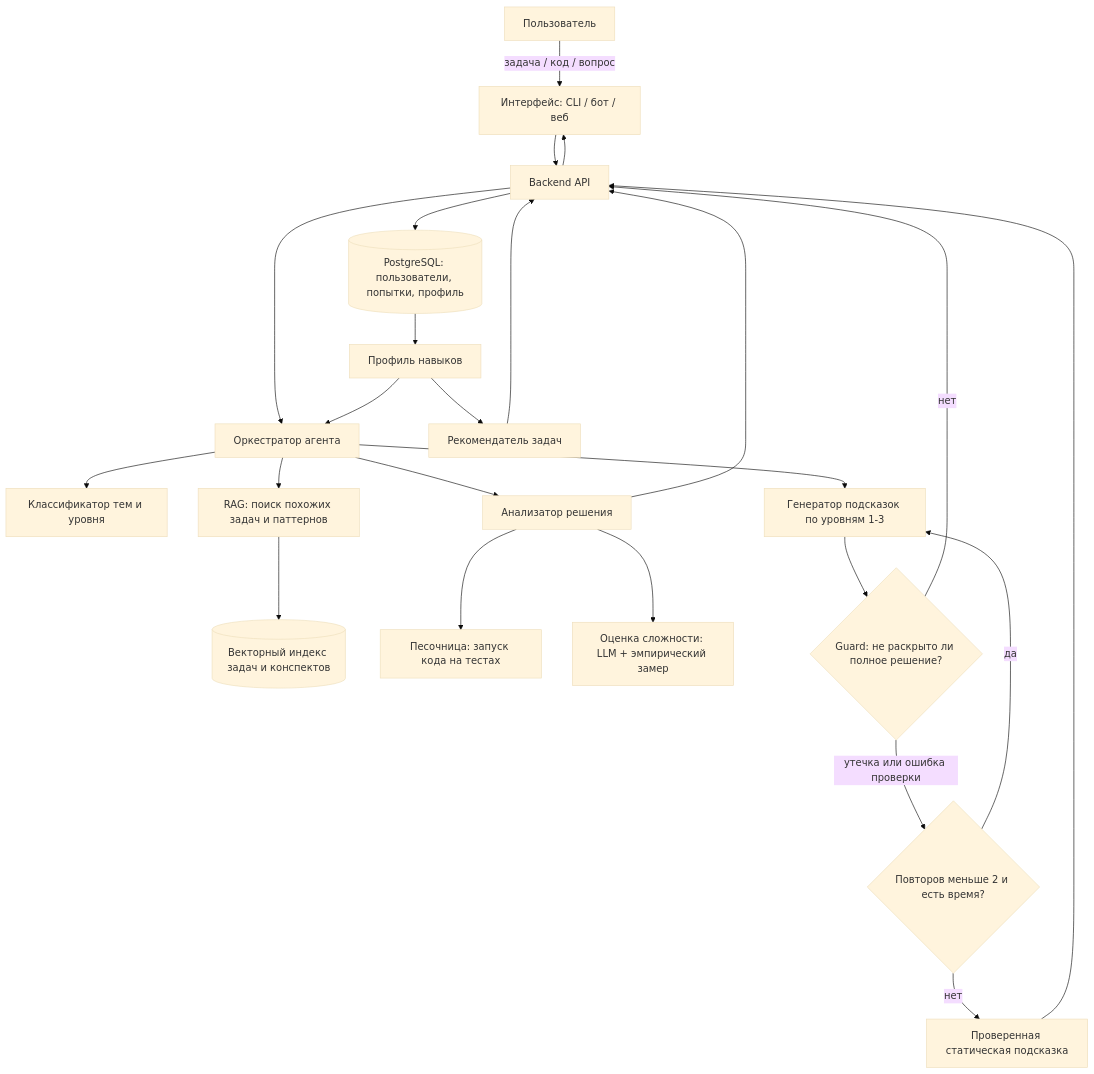
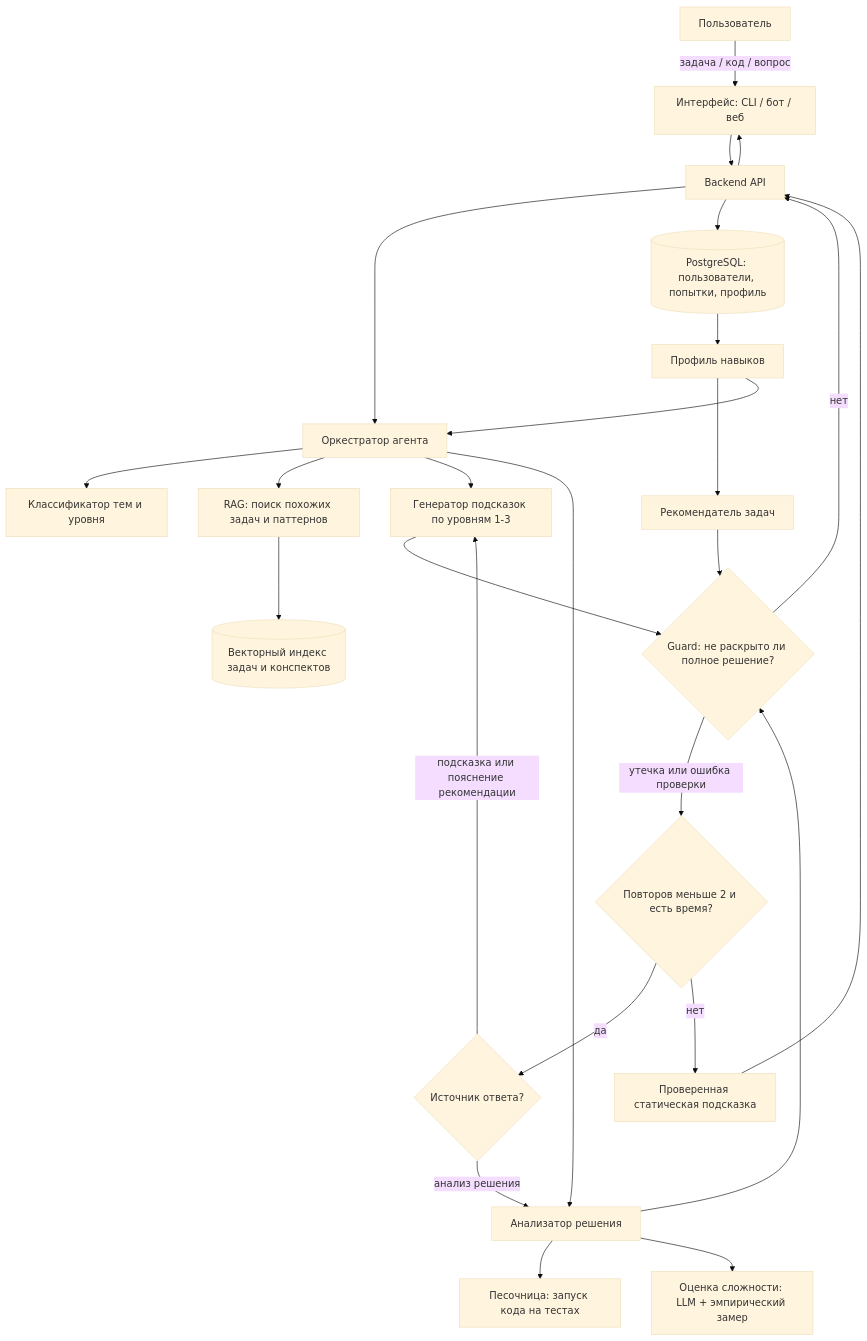
One commit to mnenadoeloo/algomind changed the first of 2 diagrams in docs/ml_system_design_doc.md. Above: the diagram before and after it, drawn with Mermaid (base theme). The commit also changed other lines of this file, not shown here.

Commit message:
docs: clarify holdout evaluation and guard routing

````diff
--- a/docs/ml_system_design_doc.md
+++ b/docs/ml_system_design_doc.md
@@ -186,32 +187,34 @@
 ```mermaid
 flowchart TD
     U[Пользователь] -->|задача / код / вопрос| UI[Интерфейс: CLI / бот / веб]
     UI --> API[Backend API]
 
     API --> ORCH[Оркестратор агента]
 
     ORCH --> CLS[Классификатор тем и уровня]
     ORCH --> RAG[RAG: поиск похожих задач и паттернов]
     ORCH --> HINT[Генератор подсказок по уровням 1-3]
     ORCH --> EVAL[Анализатор решения]
 
     RAG --> VDB[(Векторный индекс задач и конспектов)]
     EVAL --> SBX[Песочница: запуск кода на тестах]
     EVAL --> CPX[Оценка сложности: LLM + эмпирический замер]
 
     HINT --> GUARD{Guard: не раскрыто ли полное решение?}
     GUARD -- нет --> API
     GUARD -- утечка или ошибка проверки --> RETRY{Повторов меньше 2 и есть время?}
-    RETRY -- да --> HINT
+    RETRY -- да --> SOURCE{Источник ответа?}
+    SOURCE -- подсказка или пояснение рекомендации --> HINT
+    SOURCE -- анализ решения --> EVAL
     RETRY -- нет --> STATIC[Проверенная статическая подсказка]
     STATIC --> API
 
-    EVAL --> API
+    EVAL --> GUARD
     API --> UI
 
     API --> DB[(PostgreSQL: пользователи, попытки, профиль)]
     DB --> PROF[Профиль навыков]
     PROF --> REC[Рекомендатель задач]
-    REC --> API
+    REC --> GUARD
     PROF --> ORCH
 ```
````
